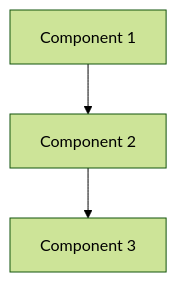
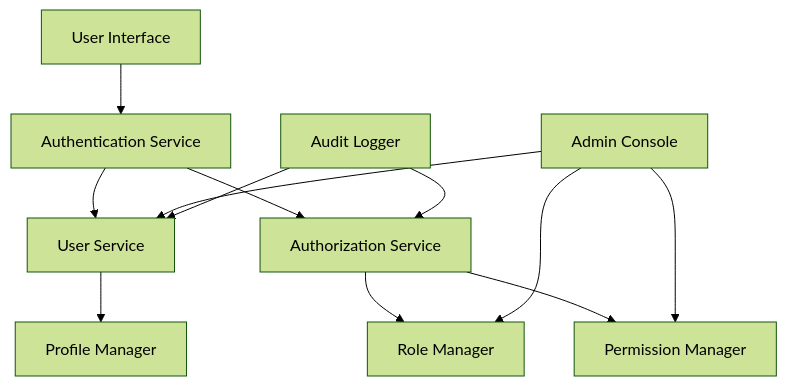
One commit to wahyuha/code-business-generated changed the diagram in docs/architecture/component-diagram.md. Above: the diagram before and after it, drawn with Mermaid (forest theme). The commit also changed other lines of this file and 6 other files, not shown here.

````diff
--- a/docs/architecture/component-diagram.md
+++ b/docs/architecture/component-diagram.md
@@ -5,5 +5,14 @@
 ```mermaid
 graph TD
-    A[Component 1] --> B[Component 2]
-    B --> C[Component 3]
+    A[User Interface] --> B[Authentication Service]
+    B --> C[User Service]
+    B --> D[Authorization Service]
+    C --> E[Profile Manager]
+    D --> F[Role Manager]
+    D --> G[Permission Manager]
+    H[Admin Console] --> C
+    H --> F
+    H --> G
+    I[Audit Logger] --> C
+    I --> D
 ```
````
